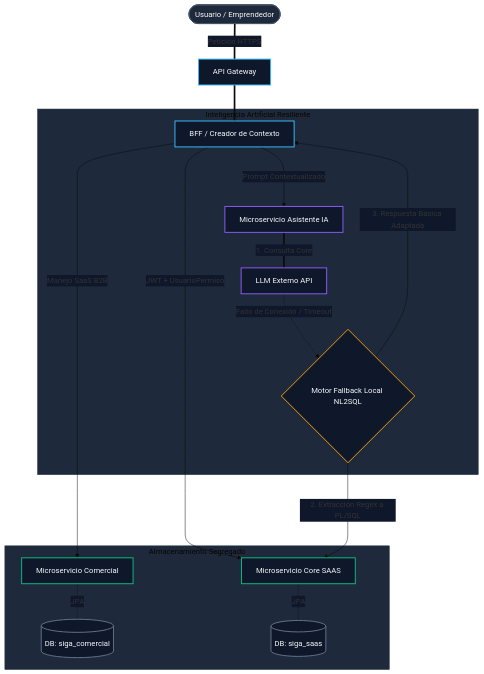
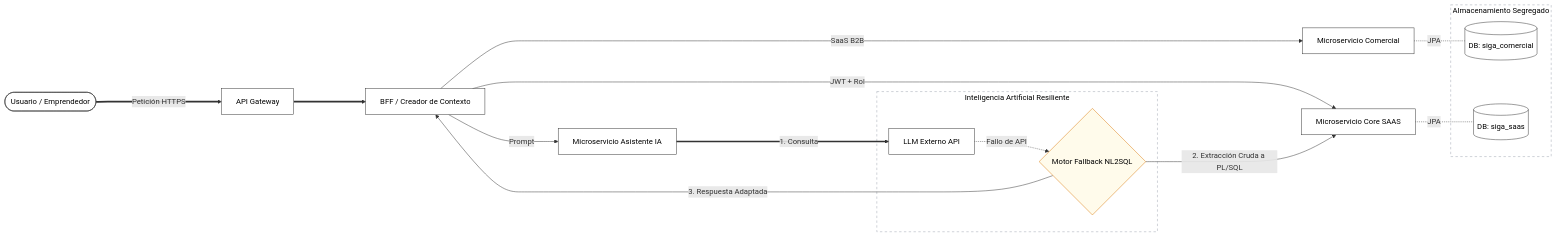
The diagram in arquitectura-agentica/DIAGRAMA_SISTEMA.md (HecAguilaV/SIGA), drawn with Mermaid before and after one commit.

Commit message:
docs: reingenieria visual total de diagrama a estilo LR ultra-limpio y asincrono

````diff
--- a/arquitectura-agentica/DIAGRAMA_SISTEMA.md
+++ b/arquitectura-agentica/DIAGRAMA_SISTEMA.md
@@ -5,37 +5,59 @@
 ```mermaid
-%%{init: {'theme': 'base', 'themeVariables': { 'clusterBkg': '#1E293B', 'clusterBorder': '#334155', 'edgeLabelBackground': '#0F172A', 'mainBkg': '#0F172A'}}}%%
-graph TD
-    %% Estilos Profesionales Soberbios (Dark Slate Theme)
-    classDef client fill:#1E293B,stroke:#475569,stroke-width:2px,color:#F8FAFC;
-    classDef gateway fill:#0F172A,stroke:#38BDF8,stroke-width:2px,color:#F8FAFC;
-    classDef service fill:#0F172A,stroke:#10B981,stroke-width:2px,color:#F8FAFC;
-    classDef database fill:#0F172A,stroke:#64748B,stroke-width:2px,color:#F8FAFC;
-    classDef ai fill:#0F172A,stroke:#8B5CF6,stroke-width:2px,color:#F8FAFC;
-    classDef fallback fill:#0F172A,stroke:#F59E0B,stroke-width:2px,color:#F8FAFC;
+graph LR
+    %% Elementos
+    User([Usuario / Emprendedor])
+    API[API Gateway]
+    BFF[BFF / Creador de Contexto]
 
-
-    User([Usuario / Emprendedor]):::client
-
-    %% Gateway & Orquestación
-    User ===|Petición HTTPS| API[API Gateway]:::gateway
-    API === BFF[BFF / Creador de Contexto]:::gateway
-
-    %% Módulos Independientes
-    BFF --->|Manejo SaaS B2B| MC[Microservicio Comercial]:::service
-    BFF --->|JWT + UsuarioPermiso| MI[Microservicio Core SAAS]:::service
-    BFF --->|Prompt Contextualizado| IA[Microservicio Asistente IA]:::ai
+    %% Microservicios Principales
+    MC[Microservicio Comercial]
+    MI[Microservicio Core SAAS]
+    IA[Microservicio Asistente IA]
 
     %% Almacenamiento
-    subgraph Almacenamiento Segregado
-        MC -.- |JPA| BD_C[(DB: siga_comercial)]:::database
-        MI -.- |JPA| BD_S[(DB: siga_saas)]:::database
+    subgraph AS [Almacenamiento Segregado]
+        BD_C[(DB: siga_comercial)]
+        BD_S[(DB: siga_saas)]
     end
 
     %% IA y Contingencia
-    subgraph Inteligencia Artificial Resiliente
-        IA === |1. Consulta Core| LLM[LLM Externo API]:::ai
-        LLM -.->|Fallo de Conexión / Timeout| FB{Motor Fallback Local NL2SQL}:::fallback
-        FB --->|2. Extracción Regex a PL/SQL| MI
-        FB --->|3. Respuesta Básica Adaptada| BFF
+    subgraph IAR [Inteligencia Artificial Resiliente]
+        LLM[LLM Externo API]
+        FB{Motor Fallback NL2SQL}
     end
+
+    %% Conexiones espaciadas (Flechas largas para evitar colisiones)
+    User ====>|Petición HTTPS| API
+    API  ====> BFF
+
+    BFF  --->|SaaS B2B| MC
+    BFF  --->|JWT + Rol| MI
+    BFF  --->|Prompt| IA
+
+    MC   -.- |JPA| BD_C
+    MI   -.- |JPA| BD_S
+
+    IA   ===>|1. Consulta| LLM
+    LLM  -.->|Fallo de API| FB
+    FB   --->|2. Extracción Cruda a PL/SQL| MI
+    FB   --->|3. Respuesta Adaptada| BFF
+
+    %% ESTILOS ULTRA MINIMALISTAS (SOBRIEDAD CORPORATIVA)
+    %% Nodos principales: Blanco y Negro
+    style User fill:#ffffff,stroke:#333333,stroke-width:1px,color:#000000
+    style API fill:#ffffff,stroke:#333333,stroke-width:1px,color:#000000
+    style BFF fill:#ffffff,stroke:#333333,stroke-width:1px,color:#000000
+    style MC fill:#ffffff,stroke:#333333,stroke-width:1px,color:#000000
+    style MI fill:#ffffff,stroke:#333333,stroke-width:1px,color:#000000
+    style IA fill:#ffffff,stroke:#333333,stroke-width:1px,color:#000000
+    style BD_C fill:#ffffff,stroke:#333333,stroke-width:1px,color:#000000
+    style BD_S fill:#ffffff,stroke:#333333,stroke-width:1px,color:#000000
+    style LLM fill:#ffffff,stroke:#333333,stroke-width:1px,color:#000000
+
+    %% Fallback: Ámbar extremadamente suave y texto oscuro para legibilidad total
+    style FB fill:#fffbeb,stroke:#d97706,stroke-width:1px,color:#000000
+
+    %% Subgrafos: Sin fondo, solo un borde sutil punteado
+    style AS fill:none,stroke:#9ca3af,stroke-width:1px,stroke-dasharray: 5 5,color:#000000
+    style IAR fill:none,stroke:#9ca3af,stroke-width:1px,stroke-dasharray: 5 5,color:#000000
 ```
````
